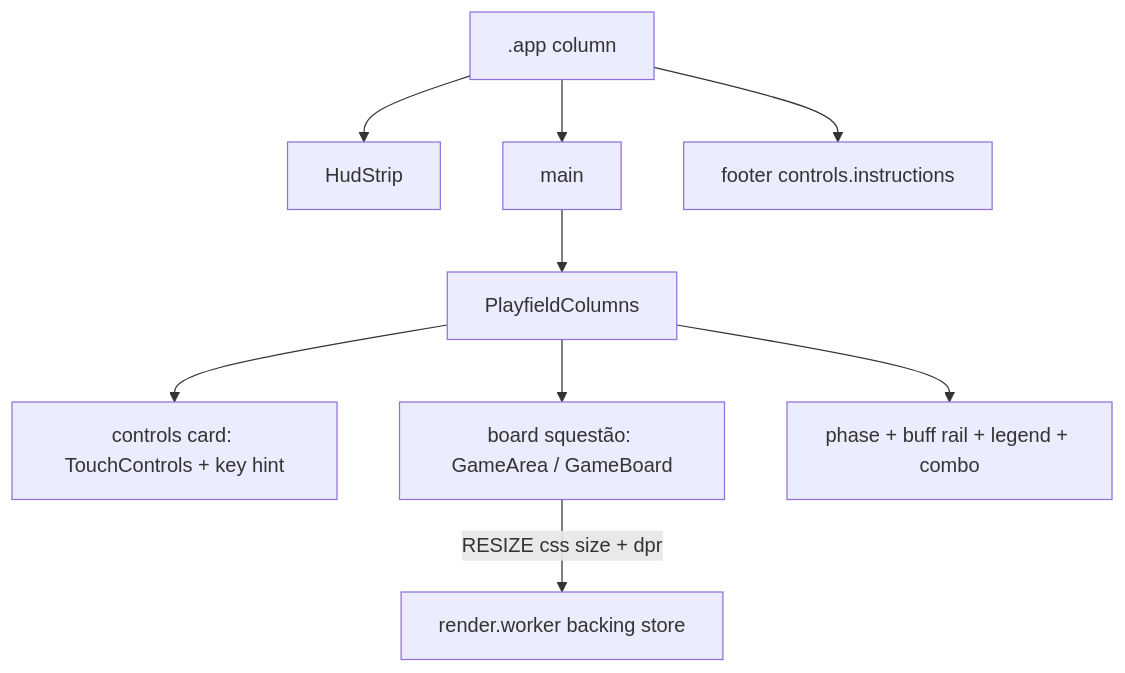
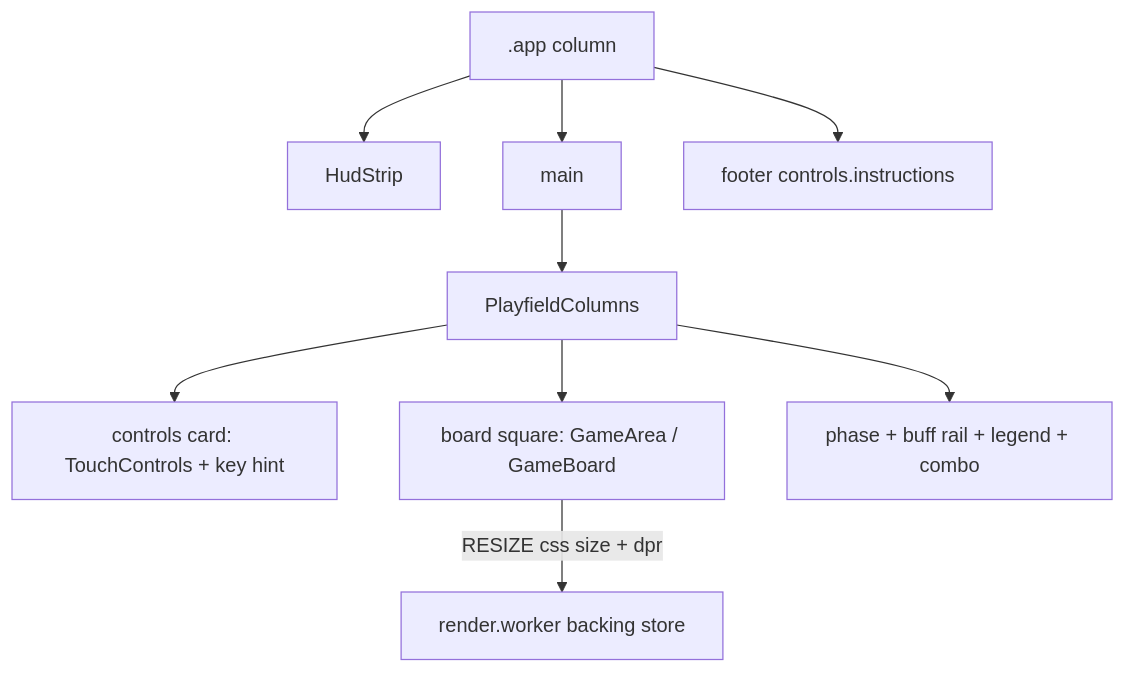
One commit to rafaeljfec2/connexto-snakegame-funny changed the diagram in docs/SDD/specs/REF-09-compact-landscape-layout.md. Above: the diagram before and after it, drawn with Mermaid. The commit also changed other lines of this file and 50 other files, not shown here.

````diff
--- a/docs/SDD/specs/REF-09-compact-landscape-layout.md
+++ b/docs/SDD/specs/REF-09-compact-landscape-layout.md
@@ -54,12 +54,12 @@
 ```mermaid
 flowchart TB
   app[".app column"]
   app --> hud["HudStrip"]
   app --> main["main"]
   app --> footer["footer controls.instructions"]
   main --> shell["PlayfieldColumns"]
   shell --> left["controls card: TouchControls + key hint"]
-  shell --> center["board squestão: GameArea / GameBoard"]
+  shell --> center["board square: GameArea / GameBoard"]
   shell --> right["phase + buff rail + legend + combo"]
   center -->|"RESIZE css size + dpr"| render["render.worker backing store"]
 ```
````
